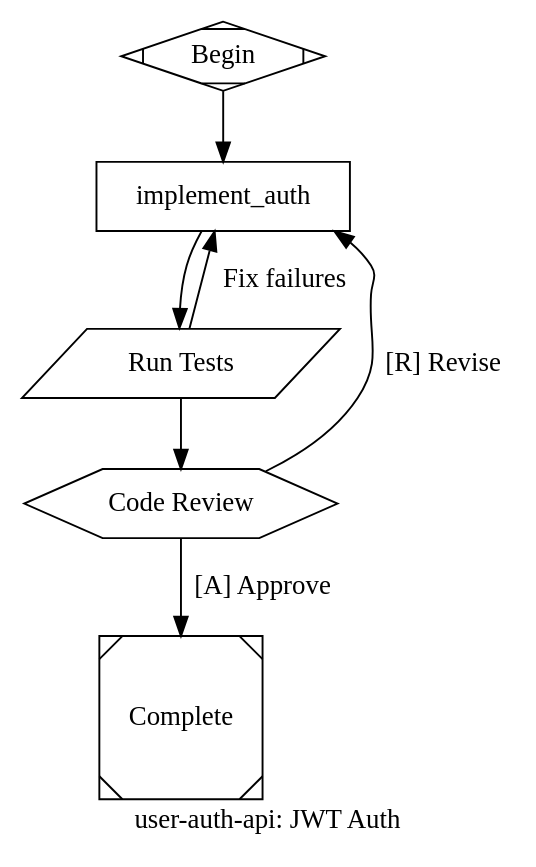
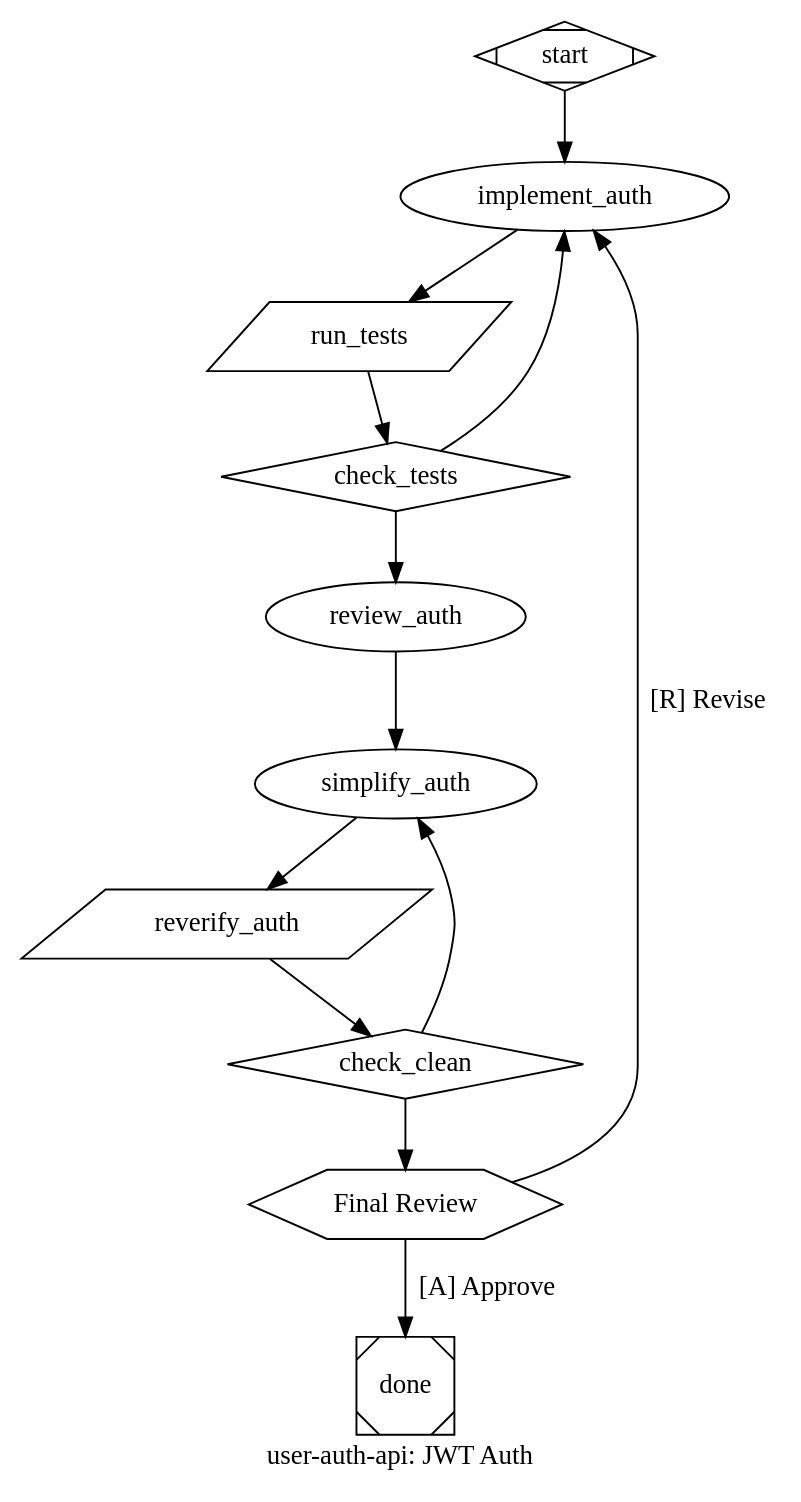
Before and after one commit to aidesigner/pickle-rick-claude: the third of 3 diagrams in .claude/commands/pickle-dot.md, drawn with Graphviz. The commit also changed other lines of this file and 2 other files, not shown here.

First line of the commit message:
feat(pickle-dot): add 5 quality gate patterns + update PRD guide

````diff
--- a/.claude/commands/pickle-dot.md
+++ b/.claude/commands/pickle-dot.md
@@ -239,26 +208,30 @@
 ```dot
 digraph user_auth_api {
     goal = "Add JWT authentication to the REST API"
     label = "user-auth-api: JWT Auth"
     default_max_retry = 2
     retry_target = "implement_auth"
     acceptance_criteria = "context.tests_pass=true && context.build_status=passing"
+    model_stylesheet = "* { llm_model: claude-sonnet-4-6; } .critical { llm_model: claude-opus-4-6; reasoning_effort: high; } .review { llm_model: claude-opus-4-6; }"
 
-    start [shape=Mdiamond, label="Begin"]
+    start [shape=Mdiamond]
+    implement_auth [goal_gate=true, prompt="Implement JWT middleware + login endpoint. Express structure. OWASP auth patterns."]
+    run_tests [shape=parallelogram, tool_command="npm test 2>&1", max_visits=3]
+    check_tests [shape=diamond]
+    review_auth [class="review", prompt="Review auth: correctness, edge cases (expired/malformed tokens), error handling, OWASP adherence. List issues with file:line."]
+    simplify_auth [prompt="Simplify auth code: redundant checks, complex parsing, duplication, naming. Preserve functionality."]
+    reverify_auth [shape=parallelogram, tool_command="npm test 2>&1", goal_gate=true, retry_target="simplify_auth", max_visits=3]
+    check_clean [shape=diamond]
+    code_review [shape=hexagon, label="Final Review"]
+    done [shape=Msquare]
 
-    implement_auth [shape=box, goal_gate=true, prompt="Implement JWT middleware for token validation on protected routes and add a login endpoint that issues JWT tokens. Use the existing Express app structure. Follow project auth patterns."]
-
-    run_tests [shape=parallelogram, label="Run Tests", prompt="Run the full test suite: npm test. Verify auth tests pass and no regressions.", max_visits=3]
-
-    code_review [shape=hexagon, label="Code Review", prompt="Review auth implementation for security best practices: token expiry, secret rotation, OWASP auth guidelines."]
-
-    done [shape=Msquare, label="Complete"]
-
-    start -> implement_auth
-    implement_auth -> run_tests
-    run_tests -> code_review [condition="outcome=success", weight=2]
-    run_tests -> implement_auth [condition="outcome=fail", label="Fix failures"]
+    start -> implement_auth -> run_tests -> check_tests
+    check_tests -> review_auth [condition="outcome=success", weight=2]
+    check_tests -> implement_auth [condition="outcome=fail"]
+    review_auth -> simplify_auth -> reverify_auth -> check_clean
+    check_clean -> code_review [condition="outcome=success", weight=2]
+    check_clean -> simplify_auth [condition="outcome=fail"]
     code_review -> done [label="[A] Approve", weight=2]
     code_review -> implement_auth [label="[R] Revise"]
 }
 ```
````
